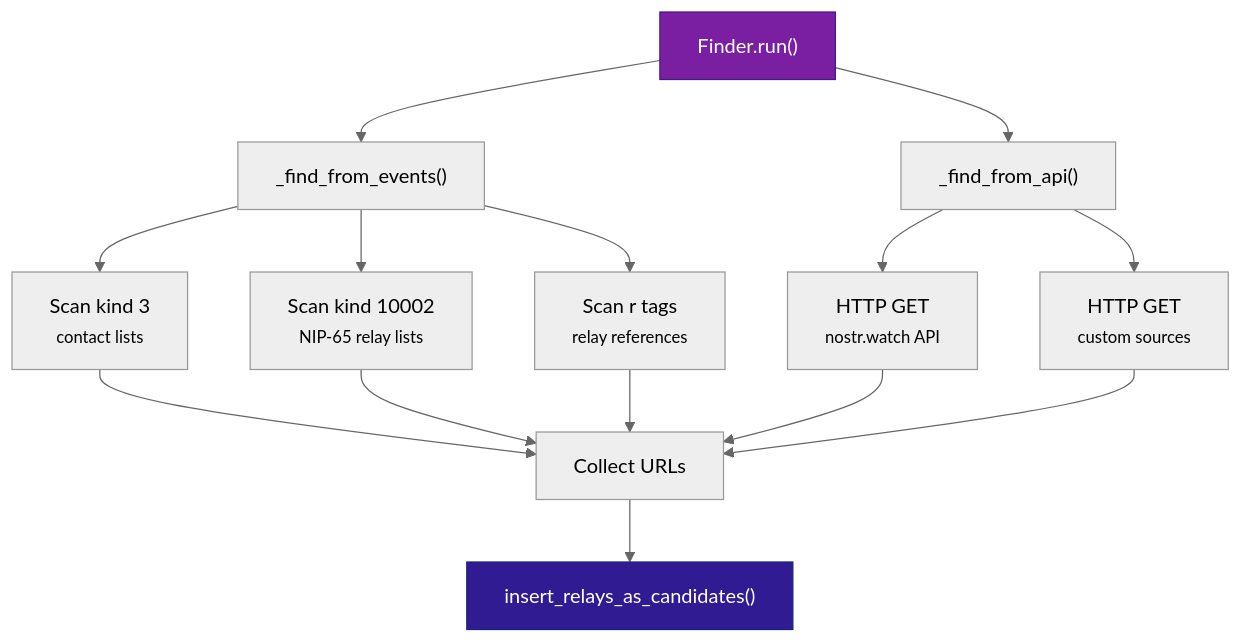
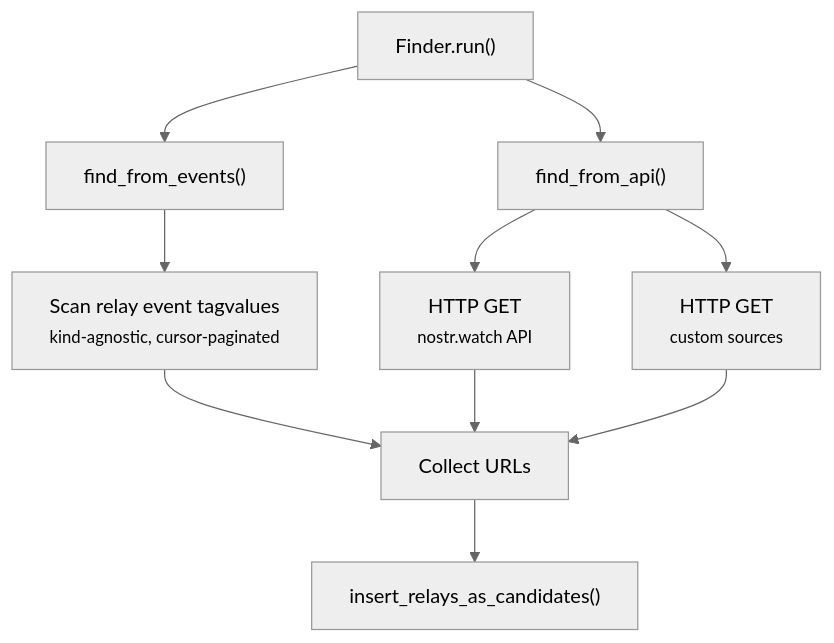
Before and after one commit to BigBrotr/bigbrotr: the second of 5 diagrams in docs/user-guide/services.md, drawn with Mermaid (neutral theme). The commit also changed other lines of this file and 10 other files, not shown here.

````diff
--- a/docs/user-guide/services.md
+++ b/docs/user-guide/services.md
@@ -118,23 +103,17 @@
 ```mermaid
 flowchart TD
-    A["Finder.run()"] --> B["_find_from_events()"]
-    A --> C["_find_from_api()"]
+    A["Finder.run()"] --> B["find_from_events()"]
+    A --> C["find_from_api()"]
 
-    B --> D["Scan kind 3<br/><small>contact lists</small>"]
-    B --> E["Scan kind 10002<br/><small>NIP-65 relay lists</small>"]
-    B --> F["Scan r tags<br/><small>relay references</small>"]
+    B --> D["Scan relay event tagvalues<br/><small>kind-agnostic, cursor-paginated</small>"]
 
     C --> G["HTTP GET<br/><small>nostr.watch API</small>"]
     C --> H["HTTP GET<br/><small>custom sources</small>"]
 
     D --> I["Collect URLs"]
-    E --> I
-    F --> I
     G --> I
     H --> I
 
     I --> J["insert_relays_as_candidates()"]
 
-    style A fill:#7B1FA2,color:#fff,stroke:#4A148C
-    style J fill:#311B92,color:#fff,stroke:#1A237E
 ```
````
